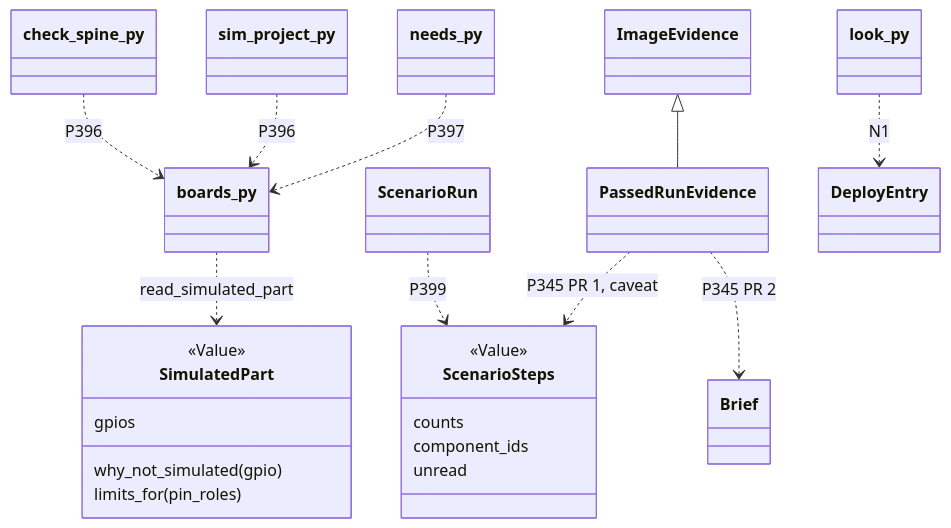
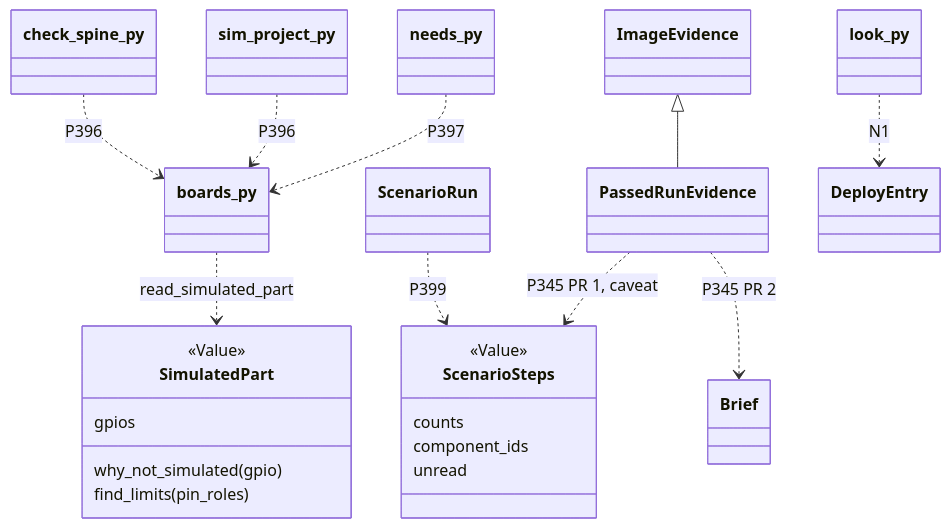
Before and after one commit to xmejkal/spark: the diagram in docs/observations/2026-10-23-p400-walk2-council/plan.md, drawn with Mermaid. The commit also changed other lines of this file and 2 other files, not shown here.

````diff
--- a/docs/observations/2026-10-23-p400-walk2-council/plan.md
+++ b/docs/observations/2026-10-23-p400-walk2-council/plan.md
@@ -127,24 +136,24 @@
 ```mermaid
 classDiagram
   class SimulatedPart {
     <<Value>>
     gpios
     why_not_simulated(gpio)
-    limits_for(pin_roles)
+    find_limits(pin_roles)
   }
   class ScenarioSteps {
     <<Value>>
     counts
     component_ids
     unread
   }
   boards_py ..> SimulatedPart : read_simulated_part
   check_spine_py ..> boards_py : P396
   sim_project_py ..> boards_py : P396
   needs_py ..> boards_py : P397
   ScenarioRun ..> ScenarioSteps : P399
   ImageEvidence <|-- PassedRunEvidence
   PassedRunEvidence ..> ScenarioSteps : P345 PR 1, caveat
   PassedRunEvidence ..> Brief : P345 PR 2
   look_py ..> DeployEntry : N1
 ```
````
